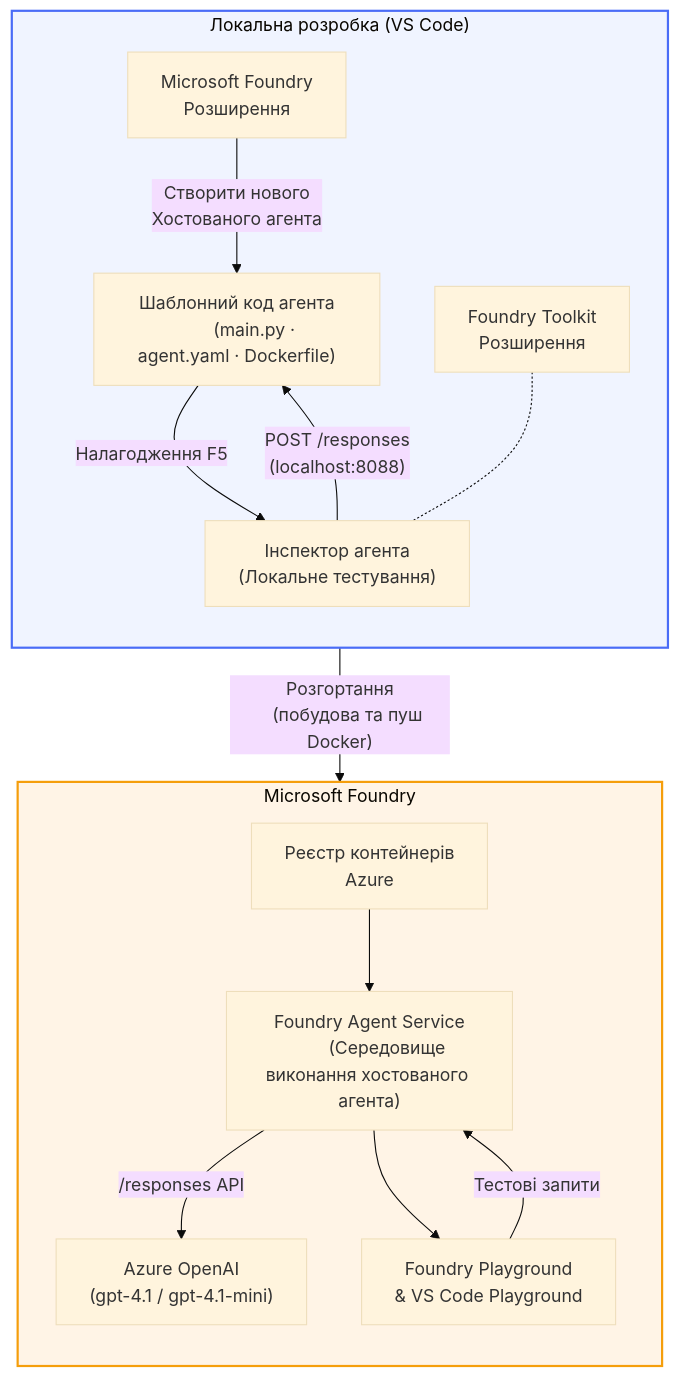
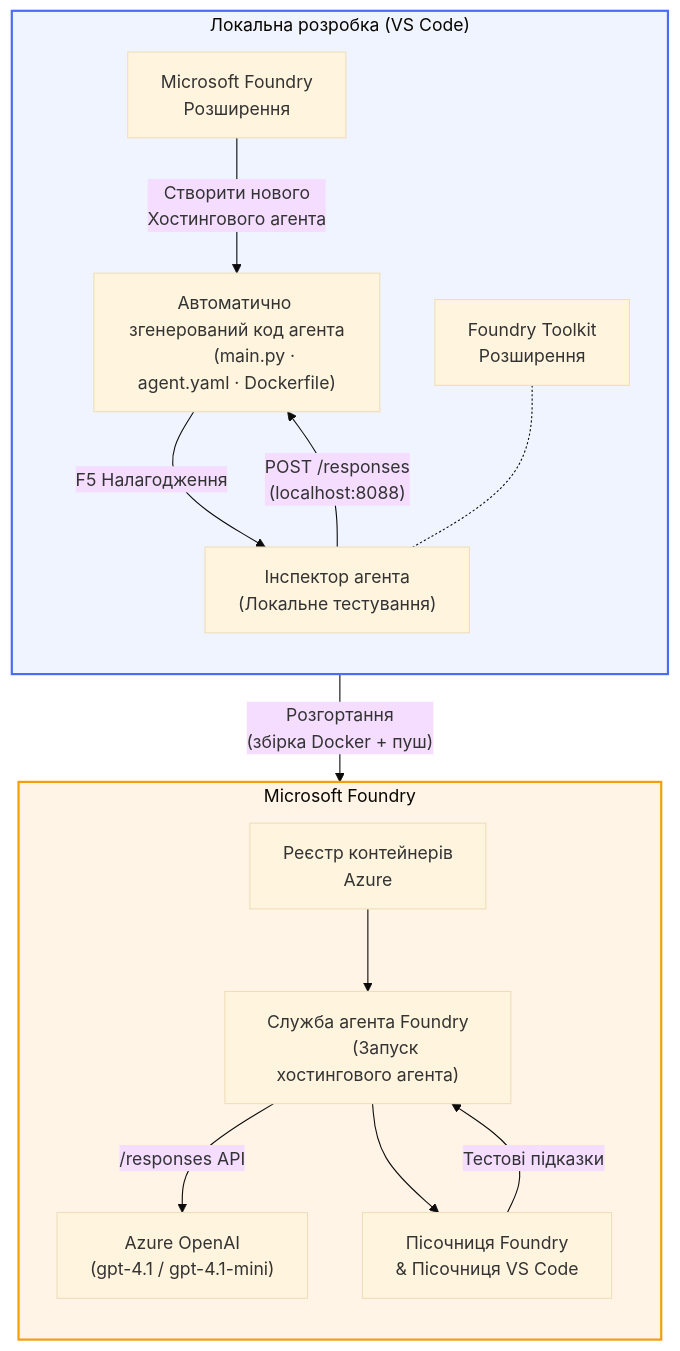
Before and after one commit to microsoft-foundry/Foundry_Toolkit_for_VSCode_Lab: the diagram in translations/uk/README.md, drawn with Mermaid (base theme). The commit also changed other lines of this file and 110 other files, not shown here.

````diff
--- a/translations/uk/README.md
+++ b/translations/uk/README.md
@@ -48,42 +52,42 @@
 ```mermaid
 flowchart TB
     subgraph Local["Локальна розробка (VS Code)"]
         direction TB
         FE["Microsoft Foundry
         Розширення"]
         FoundryToolkit["Foundry Toolkit
         Розширення"]
-        Scaffold["Шаблонний код агента
+        Scaffold["Автоматично згенерований код агента
         (main.py · agent.yaml · Dockerfile)"]
         Inspector["Інспектор агента
         (Локальне тестування)"]
         FE -- "Створити нового
-        Хостованого агента" --> Scaffold
-        Scaffold -- "Налагодження F5" --> Inspector
+        Хостингового агента" --> Scaffold
+        Scaffold -- "F5 Налагодження" --> Inspector
         FoundryToolkit -.- Inspector
     end
 
     subgraph Cloud["Microsoft Foundry"]
         direction TB
         ACR["Реєстр контейнерів
         Azure"]
-        AgentService["Foundry Agent Service
-        (Середовище виконання хостованого агента)"]
+        AgentService["Служба агента Foundry
+        (Запуск хостингового агента)"]
         Model["Azure OpenAI
         (gpt-4.1 / gpt-4.1-mini)"]
-        Playground["Foundry Playground
-        & VS Code Playground"]
+        Playground["Пісочниця Foundry
+        & Пісочниця VS Code"]
         ACR --> AgentService
         AgentService -- "/responses API" --> Model
         AgentService --> Playground
     end
 
     Scaffold -- "Розгортання
-    (побудова та пуш Docker)" --> ACR
+    (збірка Docker + пуш)" --> ACR
     Inspector -- "POST /responses
     (localhost:8088)" --> Scaffold
-    Playground -- "Тестові запити" --> AgentService
+    Playground -- "Тестові підказки" --> AgentService
 
     style Local fill:#f0f4ff,stroke:#4a6cf7,stroke-width:2px
     style Cloud fill:#fff4e6,stroke:#f59e0b,stroke-width:2px
 ```
````
